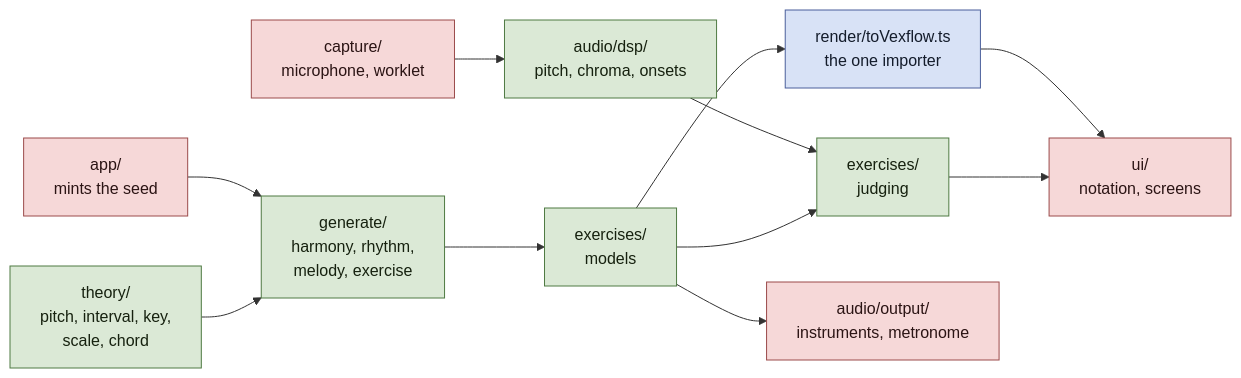
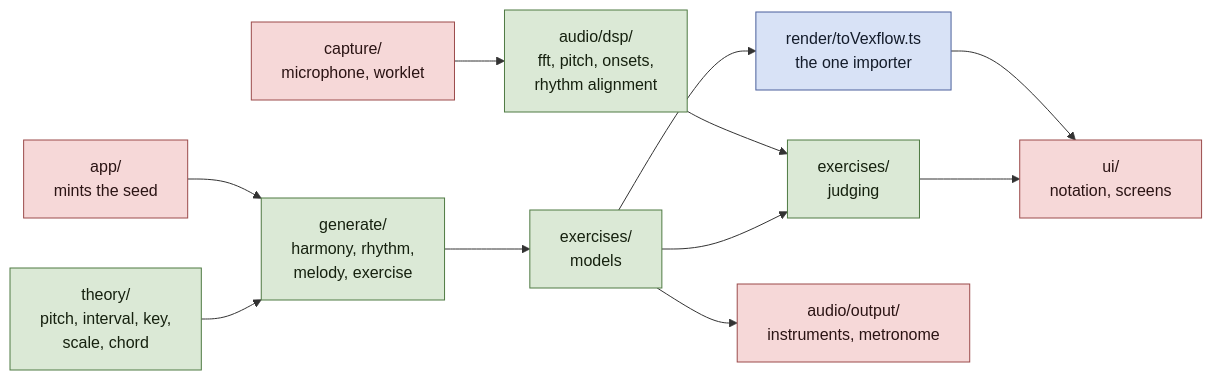
Before and after one commit to deepl0w/pitch_space: the diagram in docs/adr/README.md, drawn with Mermaid. The commit also changed other lines of this file and 1 other file, not shown here.

First line of the commit message:
Correct the chroma claim at its source in 0012, and fix the index diagram

````diff
--- a/docs/adr/README.md
+++ b/docs/adr/README.md
@@ -52,21 +60,21 @@
 ```mermaid
 flowchart LR
     seed["app/<br/>mints the seed"] --> gen
     theory["theory/<br/>pitch, interval, key,<br/>scale, chord"] --> gen["generate/<br/>harmony, rhythm,<br/>melody, exercise"]
     gen --> ex["exercises/<br/>models"]
     ex --> vex["render/toVexflow.ts<br/>the one importer"]
     vex --> ui["ui/<br/>notation, screens"]
 
-    mic["capture/<br/>microphone, worklet"] --> dsp["audio/dsp/<br/>pitch, chroma, onsets"]
+    mic["capture/<br/>microphone, worklet"] --> dsp["audio/dsp/<br/>fft, pitch, onsets,<br/>rhythm alignment"]
     dsp --> judge["exercises/<br/>judging"]
     ex --> judge
     judge --> ui
     ex --> out["audio/output/<br/>instruments, metronome"]
 
     classDef pure fill:#dbe9d6,stroke:#4f7a43,color:#16210f
     classDef platform fill:#f6d8d8,stroke:#9b4b4b,color:#2b1414
     classDef edge fill:#d8e2f6,stroke:#4b5f9b,color:#141c2b
     class theory,gen,dsp,ex,judge pure
     class mic,ui,out,seed platform
     class vex edge
 ```
````
